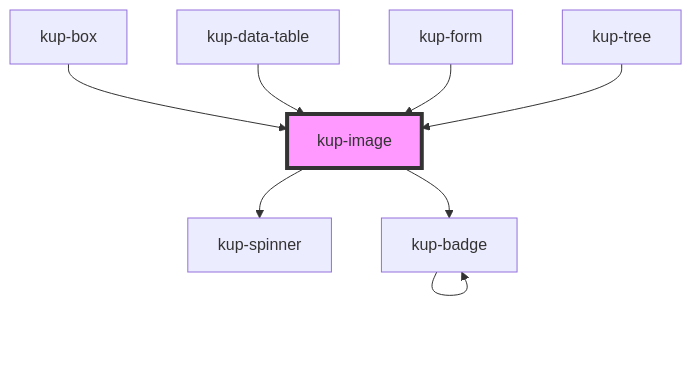
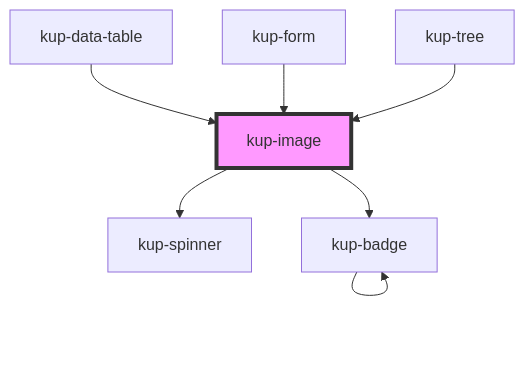
One commit to smeup/ketchup changed the diagram in packages/ketchup/src/components/kup-image/readme.md. Above: the diagram before and after it, drawn with Mermaid. The commit also changed other lines of this file and 3 other files, not shown here.

````diff
--- a/packages/ketchup/src/components/kup-image/readme.md
+++ b/packages/ketchup/src/components/kup-image/readme.md
@@ -57,11 +56,10 @@
 ```mermaid
 graph TD;
   kup-image --> kup-spinner
   kup-image --> kup-badge
   kup-badge --> kup-badge
-  kup-box --> kup-image
   kup-data-table --> kup-image
   kup-form --> kup-image
   kup-tree --> kup-image
   style kup-image fill:#f9f,stroke:#333,stroke-width:4px
 ```
````
